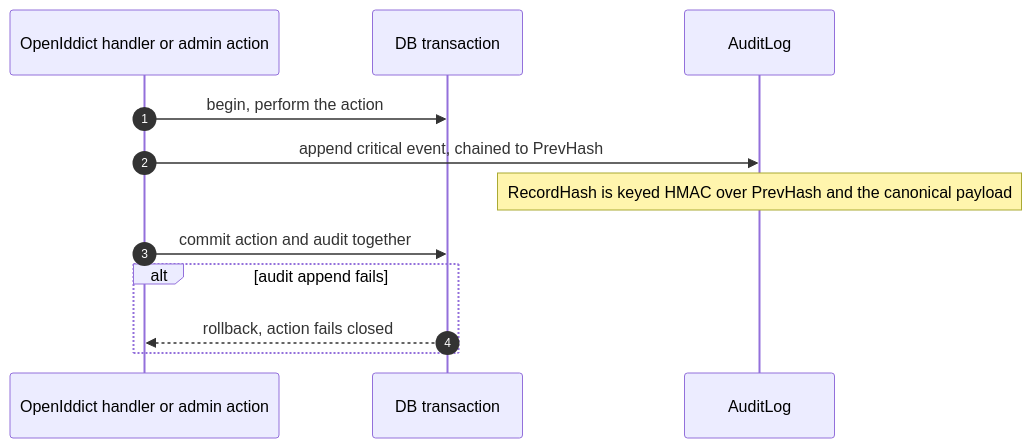
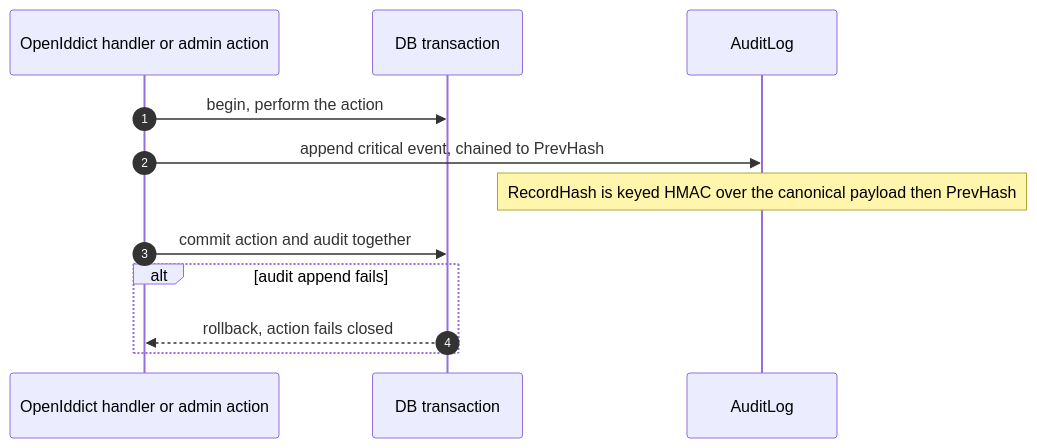
Before and after one commit to namphuongtran/nami: the second of 3 diagrams in docs/design/03-audit.md, drawn with Mermaid. The commit also changed other lines of this file and 1 other file, not shown here.

````diff
--- a/docs/design/03-audit.md
+++ b/docs/design/03-audit.md
@@ -172,14 +179,14 @@
 ```mermaid
 sequenceDiagram
   autonumber
   participant H as OpenIddict handler or admin action
   participant Tx as DB transaction
   participant AL as AuditLog
   H->>Tx: begin, perform the action
   H->>AL: append critical event, chained to PrevHash
-  Note over AL: RecordHash is keyed HMAC over PrevHash and the canonical payload
+  Note over AL: RecordHash is keyed HMAC over the canonical payload then PrevHash
   H->>Tx: commit action and audit together
   alt audit append fails
     Tx-->>H: rollback, action fails closed
   end
 ```
````
